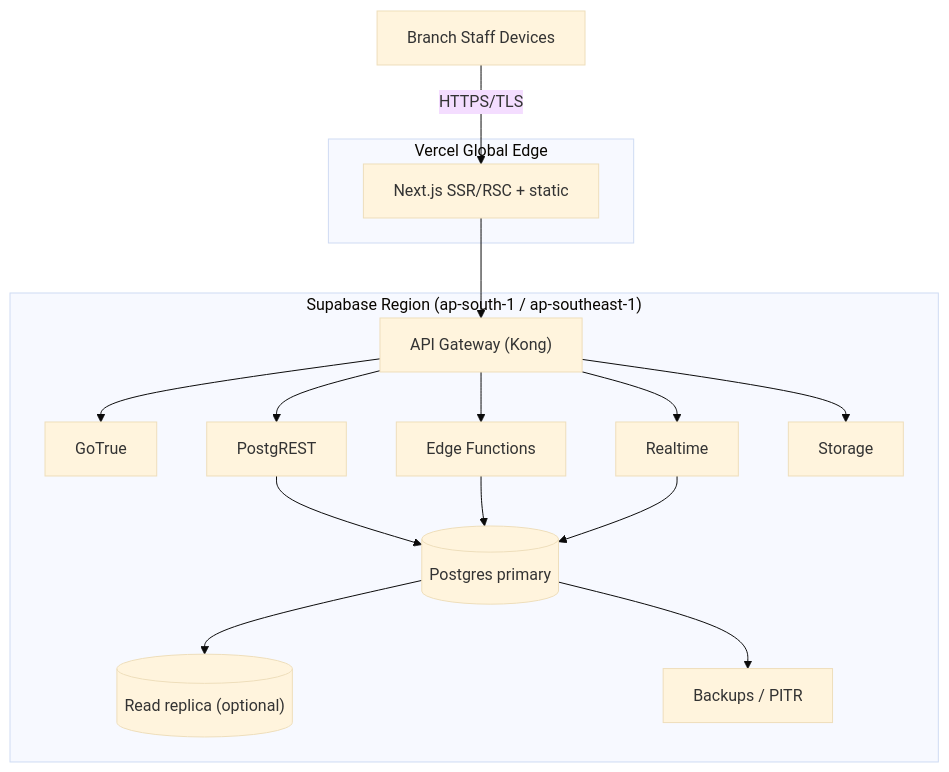
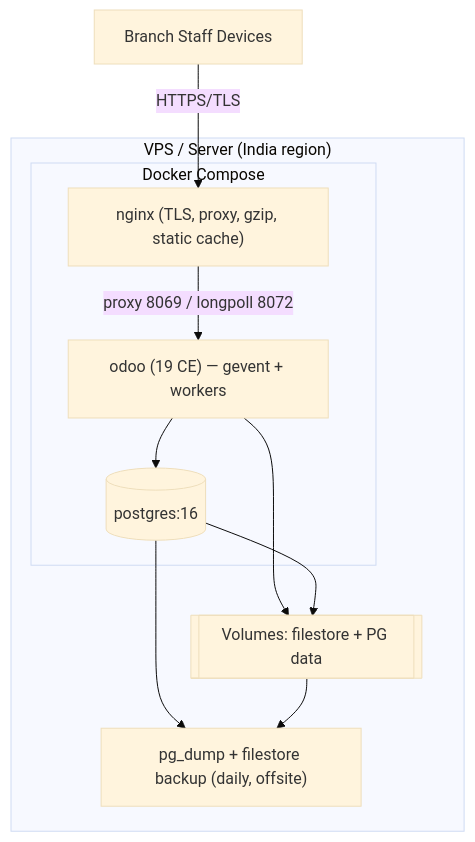
One commit to arunideen/branch-cash-management-system-odoo changed the second of 2 diagrams in docs/diagrams/deployment-architecture.md. Above: the diagram before and after it, drawn with Mermaid (base theme). The commit also changed other lines of this file and 53 other files, not shown here.

````diff
--- a/docs/diagrams/deployment-architecture.md
+++ b/docs/diagrams/deployment-architecture.md
@@ -21,25 +22,20 @@
 ```mermaid
 graph TB
     User["Branch Staff Devices"]
-    subgraph CDN["Vercel Global Edge"]
-        V["Next.js SSR/RSC + static"]
+    subgraph Host["VPS / Server (India region)"]
+        subgraph Docker["Docker Compose"]
+            NG["nginx (TLS, proxy, gzip, static cache)"]
+            ODOO["odoo (19 CE) — gevent + workers"]
+            PGC[("postgres:16")]
+        end
+        VOL[["Volumes: filestore + PG data"]]
+        BKP["pg_dump + filestore backup (daily, offsite)"]
     end
-    subgraph Region["Supabase Region (ap-south-1 / ap-southeast-1)"]
-        LB["API Gateway (Kong)"]
-        AUTHN["GoTrue"]
-        PGREST["PostgREST"]
-        RTS["Realtime"]
-        FUNC["Edge Functions"]
-        OBJ["Storage"]
-        DBP[("Postgres primary")]
-        DBR[("Read replica (optional)")]
-        BKP["Backups / PITR"]
-    end
-    User -->|HTTPS/TLS| V --> LB
-    LB --> AUTHN & PGREST & RTS & FUNC & OBJ
-    PGREST --> DBP
-    FUNC --> DBP
-    RTS --> DBP
-    DBP --> DBR
-    DBP --> BKP
+    User -->|HTTPS/TLS| NG
+    NG -->|"proxy 8069 / longpoll 8072"| ODOO
+    ODOO --> PGC
+    ODOO --> VOL
+    PGC --> VOL
+    PGC --> BKP
+    VOL --> BKP
 ```
````
